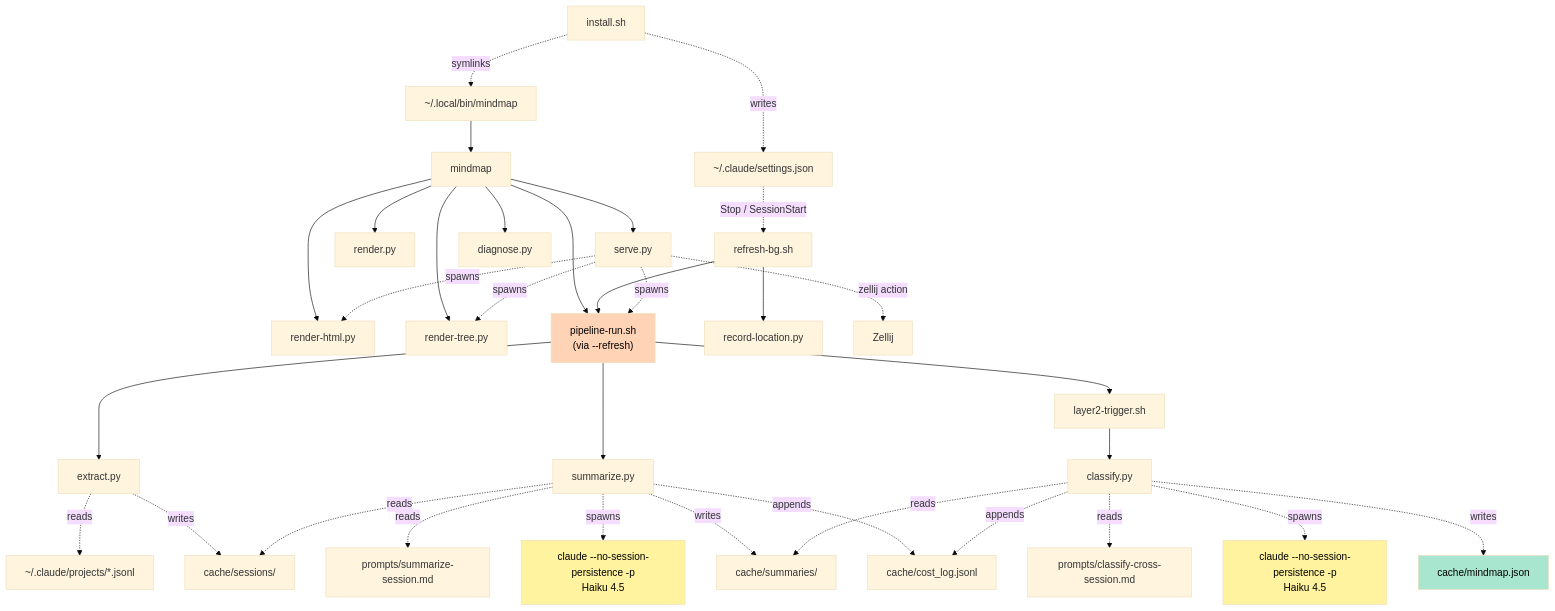
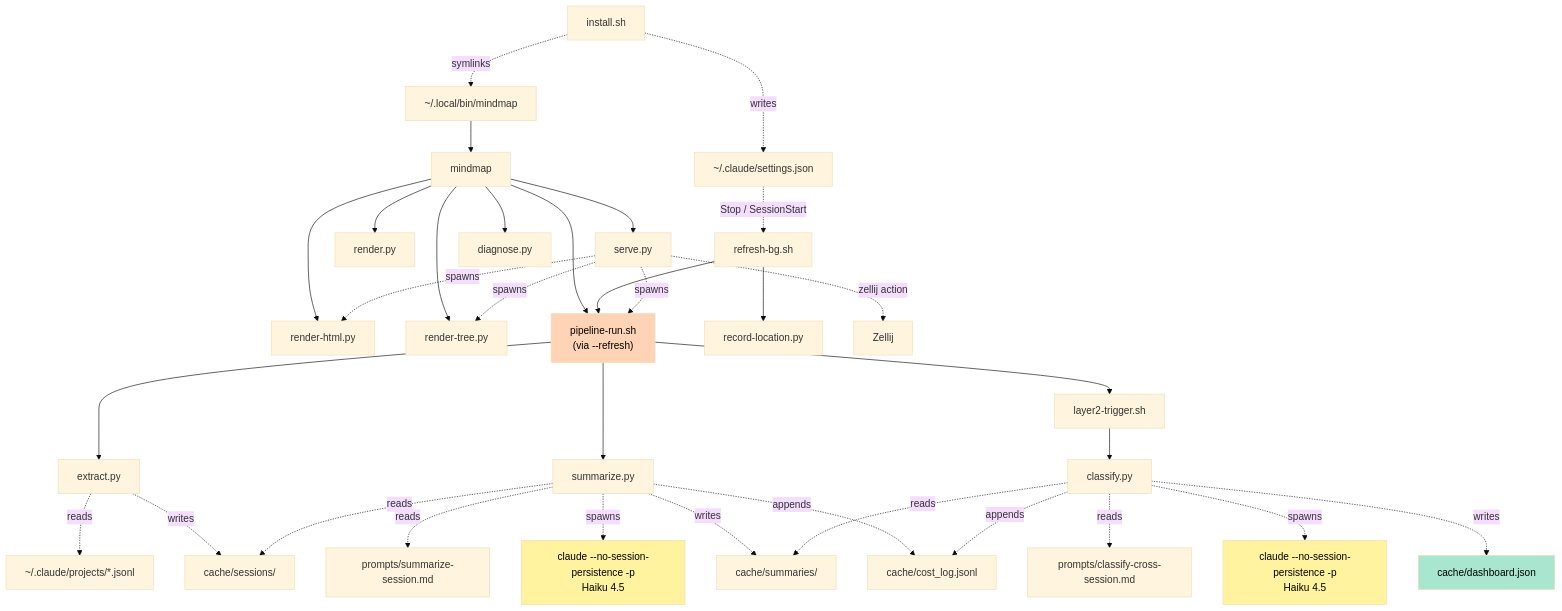
Before and after one commit to Icesource/claude-stray: the second of 8 diagrams in docs/ARCHITECTURE.md, drawn with Mermaid (base theme). The commit also changed other lines of this file and 24 other files, not shown here.

First line of the commit message:
docs: 全仓文档去陈旧——mindmap-- → stray--、mindmap.json/.html → dashboard.*,ARCHITECTURE/TROUBLESHOOTING 更新

````diff
--- a/docs/ARCHITECTURE.md
+++ b/docs/ARCHITECTURE.md
@@ -142,48 +147,48 @@
 ```mermaid
 graph TD
     install["install.sh"] -.->|writes| set["~/.claude/settings.json"]
     install -.->|symlinks| sym["~/.local/bin/mindmap"]
 
     set -.->|"Stop / SessionStart"| bg["refresh-bg.sh"]
     sym --> mm["mindmap"]
 
     mm --> render["render.py"]
     mm --> rh["render-html.py"]
     mm --> rt["render-tree.py"]
     mm --> srv["serve.py"]
     mm --> diag["diagnose.py"]
     mm --> prun["pipeline-run.sh<br/>(via --refresh)"]
 
     bg --> rec["record-location.py"]
     bg --> prun
 
     prun --> ext["extract.py"]
     prun --> sum["summarize.py"]
     prun --> trig["layer2-trigger.sh"]
     trig --> cls["classify.py"]
 
     sum -.->|reads| p1["prompts/summarize-session.md"]
     cls -.->|reads| p2["prompts/classify-cross-session.md"]
 
     sum -.->|spawns| claude1["claude --no-session-persistence -p<br/>Haiku 4.5"]
     cls -.->|spawns| claude2["claude --no-session-persistence -p<br/>Haiku 4.5"]
 
     srv -.->|spawns| rh
     srv -.->|spawns| rt
     srv -.->|spawns| prun
     srv -.->|"zellij action"| zj["Zellij"]
 
     ext -.->|reads| jl["~/.claude/projects/*.jsonl"]
     ext -.->|writes| sess["cache/sessions/"]
     sum -.->|reads| sess
     sum -.->|writes| sumdir["cache/summaries/"]
     cls -.->|reads| sumdir
-    cls -.->|writes| mj["cache/mindmap.json"]
+    cls -.->|writes| mj["cache/dashboard.json"]
     sum -.->|appends| cl["cache/cost_log.jsonl"]
     cls -.->|appends| cl
 
     style mj fill:#a8e6cf,color:#000
     style claude1 fill:#fff3a0,color:#000
     style claude2 fill:#fff3a0,color:#000
     style prun fill:#ffd3b6,color:#000
 ```
````
